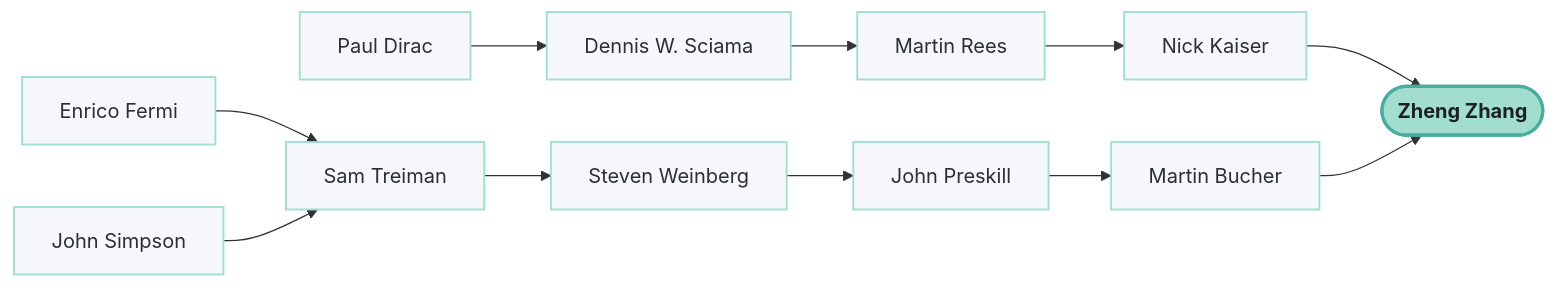
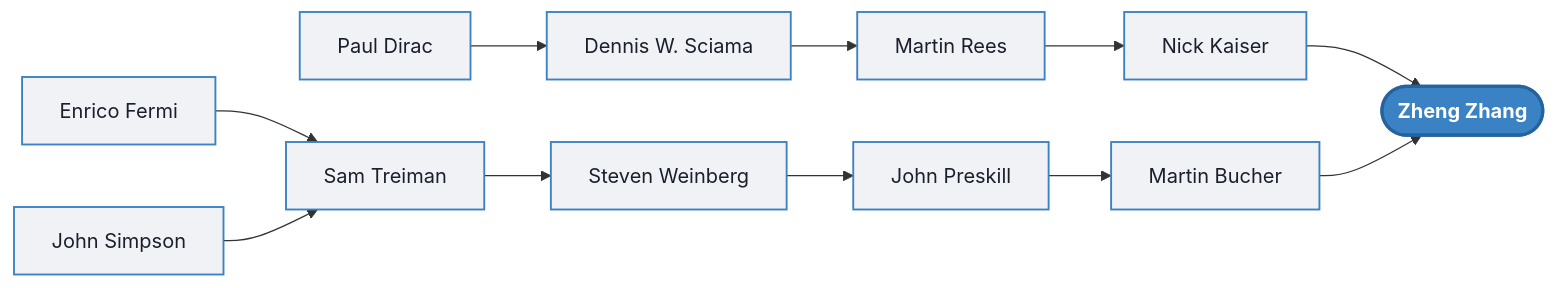
Before and after one commit to zzhang0123/zzhang0123.github.io: the diagram in _pages/about.md, drawn with Mermaid. The commit also changed other lines of this file and 40 other files, not shown here.

```diff
--- a/_pages/about.md
+++ b/_pages/about.md
@@ -301,18 +180,18 @@
 <div class="mermaid">
 flowchart LR
     PD["Paul Dirac"] --> DS["Dennis W. Sciama"]
     EF["Enrico Fermi"] --> ST["Sam Treiman"]
     JS["John Simpson"] --> ST
     DS --> MR["Martin Rees"]
     ST --> SW["Steven Weinberg"]
     MR --> NK["Nick Kaiser"]
     SW --> JP["John Preskill"]
     JP --> MB["Martin Bucher"]
     NK & MB --> ZZ(["Zheng Zhang"])
 
-    classDef anc fill:#F5F7FA,stroke:#A2DED0,stroke-width:1.5px,color:#2A2F36
-    classDef me fill:#A2DED0,stroke:#4aada0,stroke-width:2.5px,color:#1a2026,font-weight:bold
+    classDef anc fill:#F0F2F5,stroke:#3B82C4,stroke-width:1.5px,color:#1A1F2B
+    classDef me fill:#3B82C4,stroke:#2563A0,stroke-width:2.5px,color:#ffffff,font-weight:bold
 
     class PD,EF,JS,DS,MR,ST,SW,NK,JP,MB anc
     class ZZ me
 </div>
```
